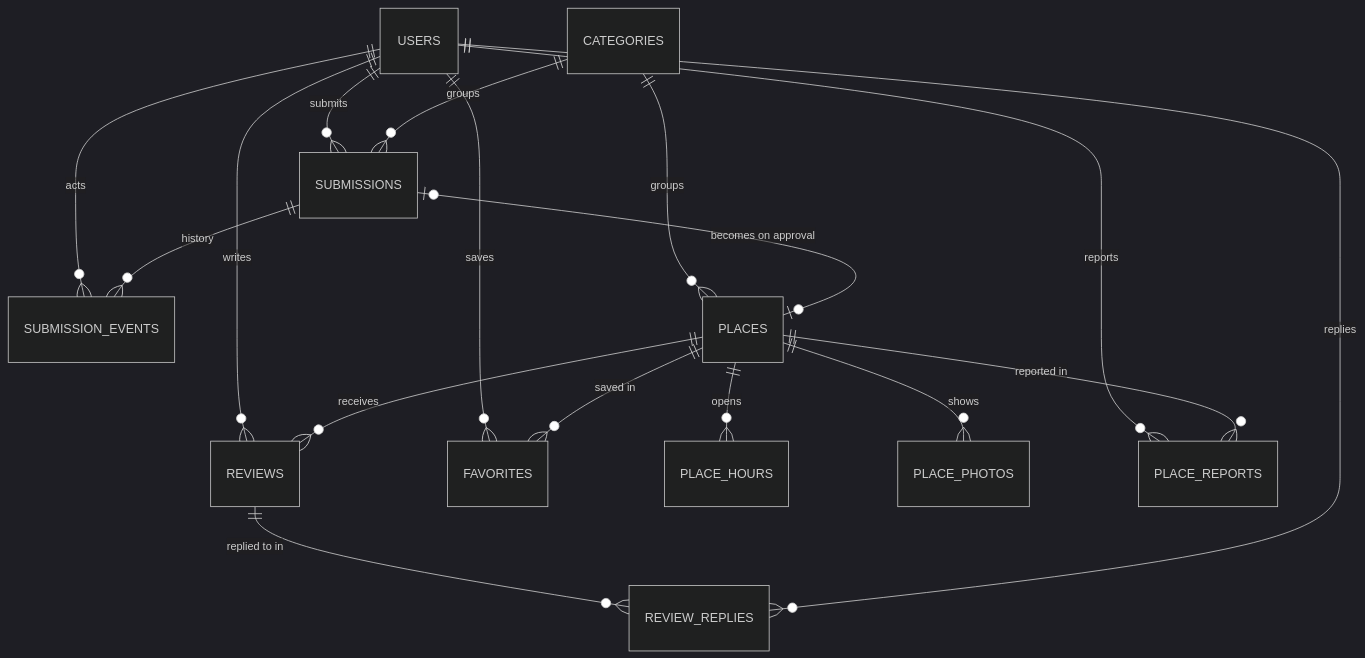
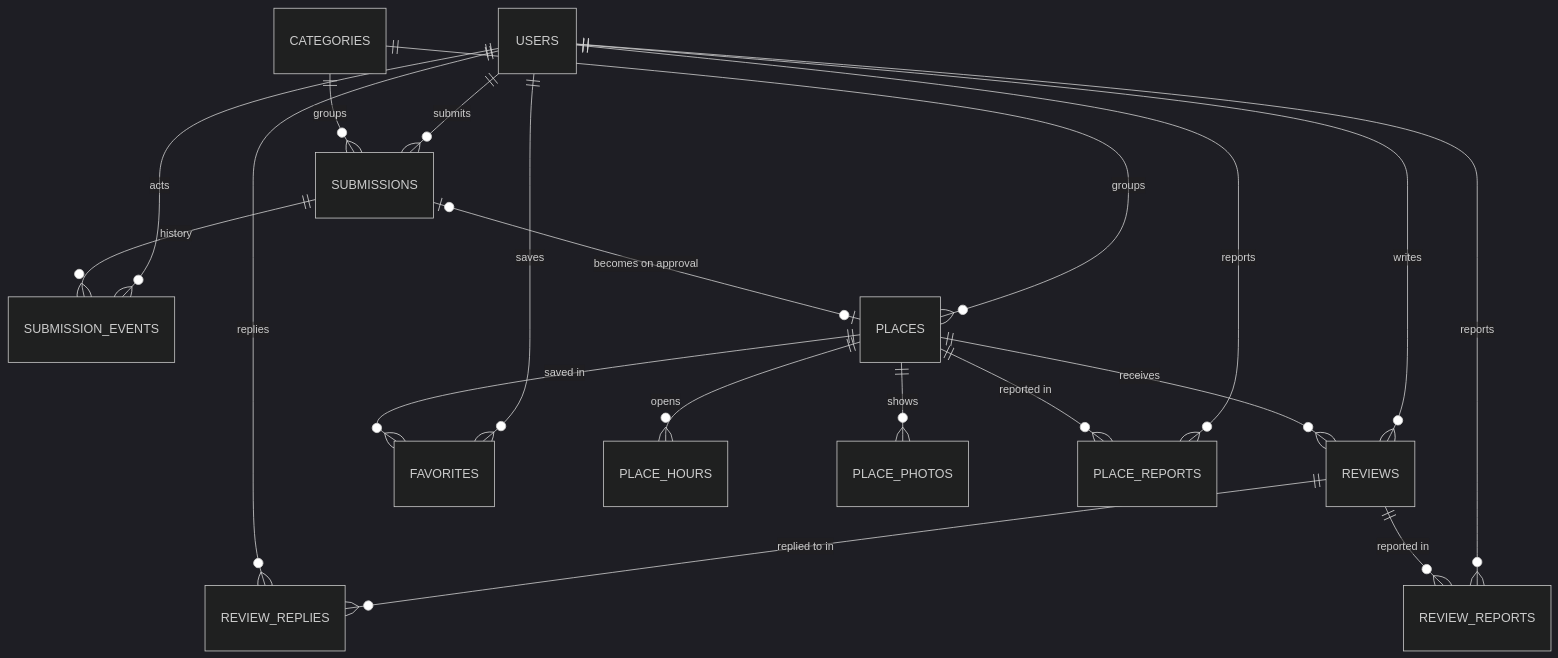
Before and after one commit to F1wzu/Server-Side-Project-2026: the third of 3 diagrams in docs/DESIGN.md, drawn with Mermaid (dark theme). The commit also changed other lines of this file and 39 other files, not shown here.

````diff
--- a/docs/DESIGN.md
+++ b/docs/DESIGN.md
@@ -111,19 +111,21 @@
 ```mermaid
 erDiagram
     USERS ||--o{ REVIEWS : writes
     USERS ||--o{ FAVORITES : saves
     USERS ||--o{ SUBMISSIONS : submits
     USERS ||--o{ SUBMISSION_EVENTS : acts
     CATEGORIES ||--o{ PLACES : groups
     CATEGORIES ||--o{ SUBMISSIONS : groups
     PLACES ||--o{ PLACE_HOURS : opens
     PLACES ||--o{ PLACE_PHOTOS : shows
     PLACES ||--o{ REVIEWS : receives
     REVIEWS ||--o{ REVIEW_REPLIES : "replied to in"
     USERS ||--o{ REVIEW_REPLIES : replies
     PLACES ||--o{ FAVORITES : "saved in"
     SUBMISSIONS ||--o{ SUBMISSION_EVENTS : history
     SUBMISSIONS |o--o| PLACES : "becomes on approval"
     USERS ||--o{ PLACE_REPORTS : reports
     PLACES ||--o{ PLACE_REPORTS : "reported in"
+    USERS ||--o{ REVIEW_REPORTS : reports
+    REVIEWS ||--o{ REVIEW_REPORTS : "reported in"
 ```
````
